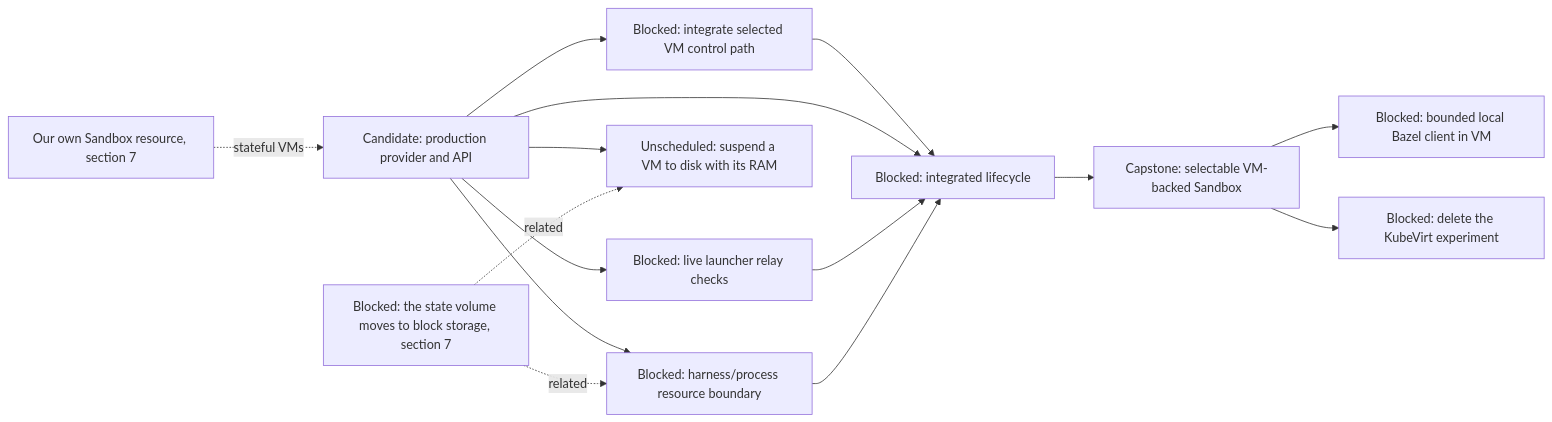
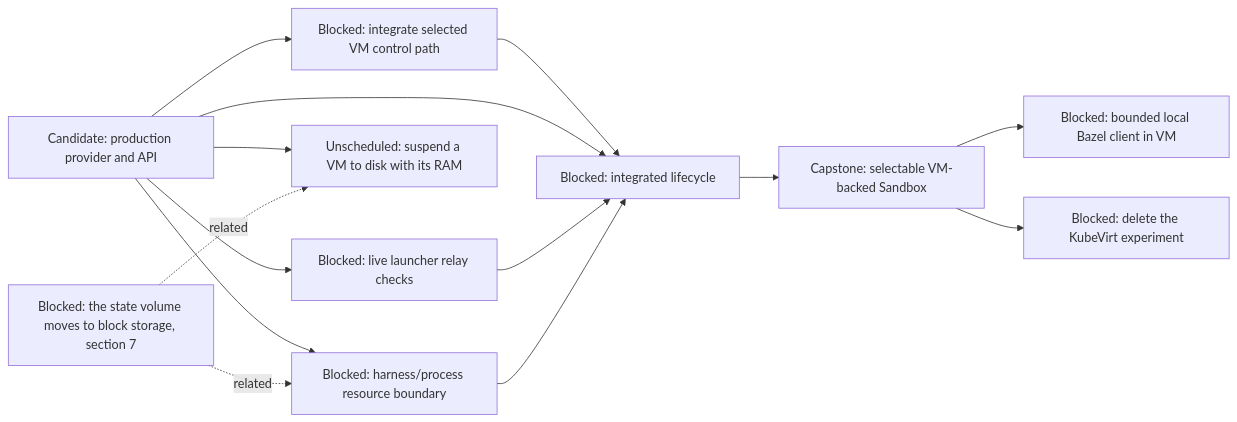
The sixth of 15 diagrams in agentplane/plans/task_dag.md (agentydragon-agent/ducktape), drawn with Mermaid before and after one commit. The commit also changed other lines of this file and 2 other files, not shown here.

````diff
--- a/agentplane/plans/task_dag.md
+++ b/agentplane/plans/task_dag.md
@@ -342,24 +342,22 @@
 ```mermaid
 flowchart LR
     VM_CONTROL_NETWORKING[Blocked: integrate selected VM control path]
     VM_PROVIDER[Candidate: production provider and API]
-    AGENTPLANE_SANDBOX_RESOURCE[Our own Sandbox resource, section 7]
     VM_EGRESS[Blocked: live launcher relay checks]
     VM_RAM_SUSPEND[Unscheduled: suspend a VM to disk with its RAM]
     VM_PROCESS_ISOLATION[Blocked: harness/process resource boundary]
     VM_LIFECYCLE[Blocked: integrated lifecycle]
     VM_PROVIDER --> VM_CONTROL_NETWORKING
-    AGENTPLANE_SANDBOX_RESOURCE -. stateful VMs .-> VM_PROVIDER
     VM_CONTROL_NETWORKING --> VM_LIFECYCLE
     VM_PROVIDER --> VM_PROCESS_ISOLATION
     VM_PROVIDER --> VM_LIFECYCLE
     VM_PROVIDER --> VM_EGRESS
     VM_PROVIDER --> VM_RAM_SUSPEND
     STATE_VOLUME_BLOCK[Blocked: the state volume moves to block storage, section 7] -. related .-> VM_PROCESS_ISOLATION
     STATE_VOLUME_BLOCK -. related .-> VM_RAM_SUSPEND
     VM_EGRESS --> VM_LIFECYCLE
     VM_PROCESS_ISOLATION --> VM_LIFECYCLE
     VM_LIFECYCLE --> SANDBOX_VM_ISOLATION[Capstone: selectable VM-backed Sandbox]
     SANDBOX_VM_ISOLATION --> LOCAL_BAZEL[Blocked: bounded local Bazel client in VM]
     SANDBOX_VM_ISOLATION --> KUBEVIRT_EXPERIMENT_RETIRE[Blocked: delete the KubeVirt experiment]
 ```
````
